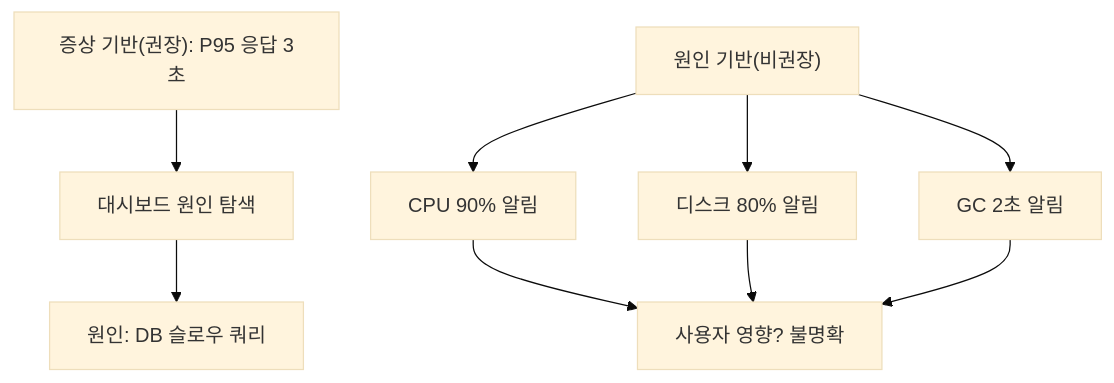
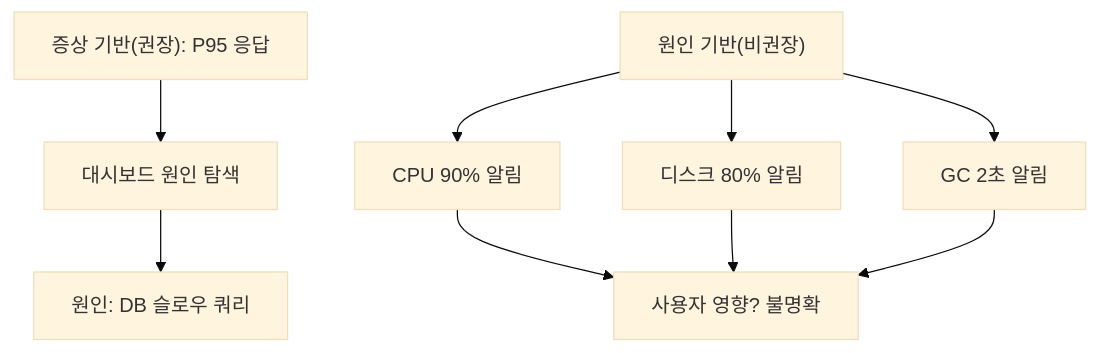
One commit to yjkim2015/yjkim2015.github.io changed the fifth of 8 diagrams in _posts/monitoring/2026-05-03-sre-golden-signals.md. Above: the diagram before and after it, drawn with Mermaid (base theme). The commit also changed other lines of this file and 271 other files, not shown here.

First line of the commit message:
Mermaid 라벨 축소: 긴 노드 텍스트 18자 이하로 트림 + \n 제거

````diff
--- a/_posts/monitoring/2026-05-03-sre-golden-signals.md
+++ b/_posts/monitoring/2026-05-03-sre-golden-signals.md
@@ -360,11 +360,11 @@
 ```mermaid
 graph TD
-    SYM["증상 기반(권장): P95 응답 3초"] --> DASH["대시보드 원인 탐색"]
+    SYM["증상 기반(권장): P95 응답"] --> DASH["대시보드 원인 탐색"]
     DASH --> ROOT["원인: DB 슬로우 쿼리"]
     CAUSE["원인 기반(비권장)"] --> C1["CPU 90% 알림"]
     CAUSE --> C2["디스크 80% 알림"]
     CAUSE --> C3["GC 2초 알림"]
     C1 --> Q["사용자 영향? 불명확"]
     C2 --> Q
     C3 --> Q
 ```
````
